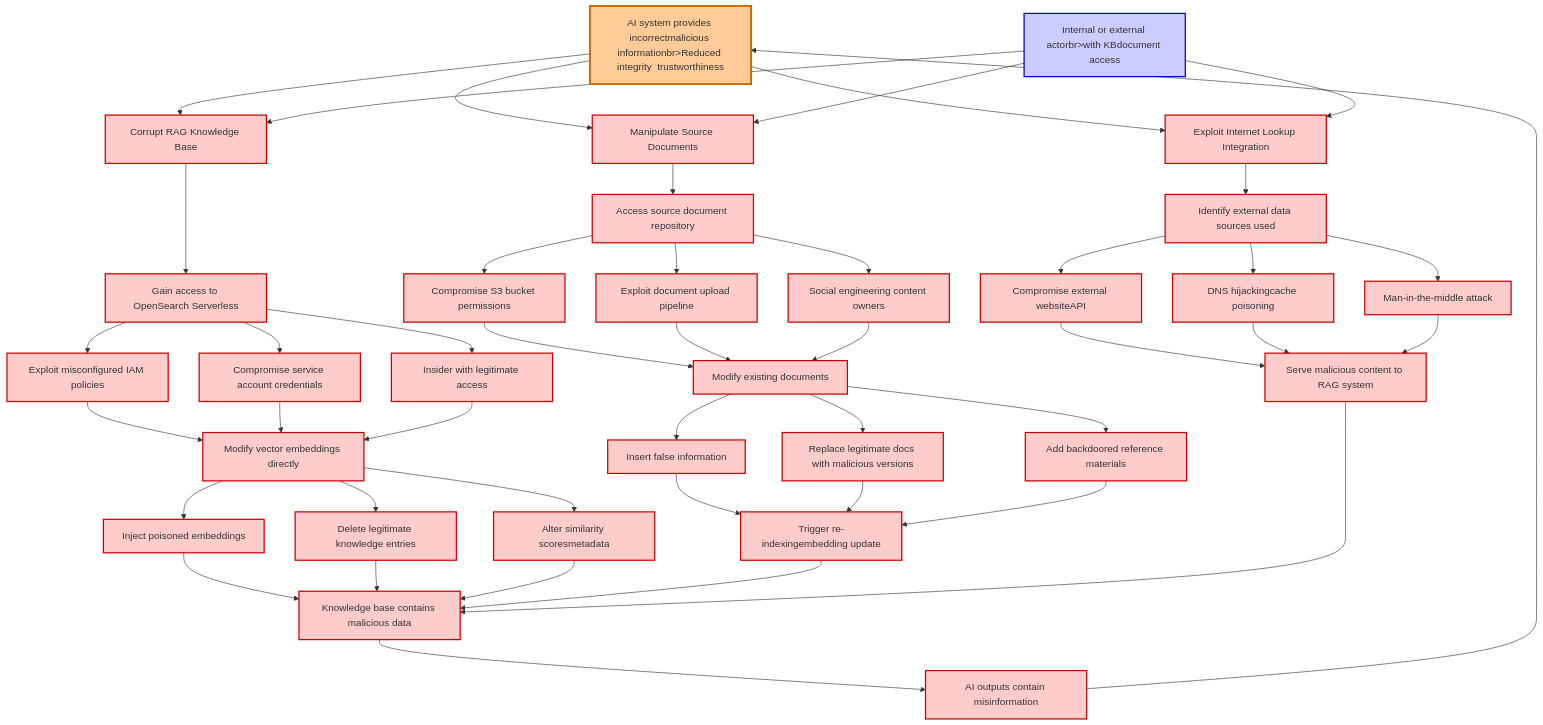
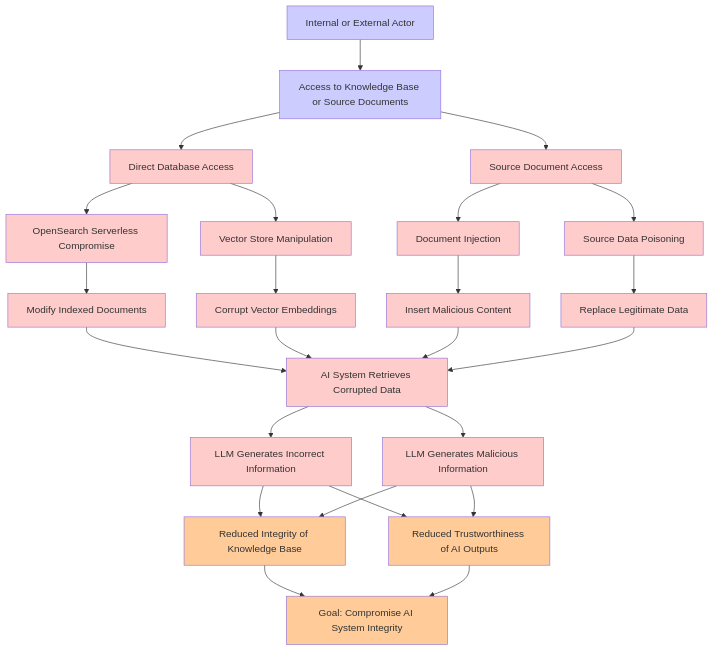
The diagram in sample-applications/genai-chatbot/threatforest/attack_trees/attack_tree_12c09063-e456-445d-adee-5b84840fa213_llm08_vectorembedding_weakness.md (aws-samples/sample-agentic-attack-tree-generator), drawn with Mermaid before and after one commit. The commit also changed other lines of this file and 310 other files, not shown here.

````diff
--- a/sample-applications/genai-chatbot/threatforest/attack_trees/attack_tree_12c09063-e456-445d-adee-5b84840fa213_llm08_vectorembedding_weakness.md
+++ b/sample-applications/genai-chatbot/threatforest/attack_trees/attack_tree_12c09063-e456-445d-adee-5b84840fa213_llm08_vectorembedding_weakness.md
@@ -8,61 +8,33 @@
 ```mermaid
 graph TD
-    GOAL[" AI system provides incorrectmalicious informationbr>Reduced integrity  trustworthiness"]
-    %% Main Attack Paths
-    GOAL --> PATH1["Corrupt RAG Knowledge Base"]
-    GOAL --> PATH2["Manipulate Source Documents"]
-    GOAL --> PATH3["Exploit Internet Lookup Integration"]
-    %% Path 1: Direct Knowledge Base Corruption
-    PATH1 --> KB1["Gain access to OpenSearch Serverless"]
-    KB1 --> KB1A["Exploit misconfigured IAM policies"]
-    KB1 --> KB1B["Compromise service account credentials"]
-    KB1 --> KB1C["Insider with legitimate access"]
-    KB1A --> KB2["Modify vector embeddings directly"]
-    KB1B --> KB2
-    KB1C --> KB2
-    KB2 --> KB3["Inject poisoned embeddings"]
-    KB2 --> KB4["Delete legitimate knowledge entries"]
-    KB2 --> KB5["Alter similarity scoresmetadata"]
-    KB3 --> CORRUPT["Knowledge base contains malicious data"]
-    KB4 --> CORRUPT
-    KB5 --> CORRUPT
-    %% Path 2: Source Document Manipulation
-    PATH2 --> SD1["Access source document repository"]
-    SD1 --> SD1A["Compromise S3 bucket permissions"]
-    SD1 --> SD1B["Exploit document upload pipeline"]
-    SD1 --> SD1C["Social engineering content owners"]
-    SD1A --> SD2["Modify existing documents"]
-    SD1B --> SD2
-    SD1C --> SD2
-    SD2 --> SD3["Insert false information"]
-    SD2 --> SD4["Replace legitimate docs with malicious versions"]
-    SD2 --> SD5["Add backdoored reference materials"]
-    SD3 --> REINDEX["Trigger re-indexingembedding update"]
-    SD4 --> REINDEX
-    SD5 --> REINDEX
-    REINDEX --> CORRUPT
-    %% Path 3: Internet Lookup Exploitation
-    PATH3 --> IL1["Identify external data sources used"]
-    IL1 --> IL2["Compromise external websiteAPI"]
-    IL1 --> IL3["DNS hijackingcache poisoning"]
-    IL1 --> IL4["Man-in-the-middle attack"]
-    IL2 --> IL5["Serve malicious content to RAG system"]
-    IL3 --> IL5
-    IL4 --> IL5
-    IL5 --> CORRUPT
-    %% Final Impact
-    CORRUPT --> IMPACT["AI outputs contain misinformation"]
-    IMPACT --> GOAL
-    %% Initial Facts/Conditions
-    ACTOR["Internal or external actorbr>with KBdocument access"] --> PATH1
-    ACTOR --> PATH2
-    ACTOR --> PATH3
-    %% Styling
-    classDef attack fill:#ffcccc,stroke:#cc0000,stroke-width:2px
-    classDef goal fill:#ffcc99,stroke:#cc6600,stroke-width:3px
-    classDef fact fill:#ccccff,stroke:#0000cc,stroke-width:2px
-    class PATH1,PATH2,PATH3,KB1,KB1A,KB1B,KB1C,KB2,KB3,KB4,KB5,SD1,SD1A,SD1B,SD1C,SD2,SD3,SD4,SD5,REINDEX,IL1,IL2,IL3,IL4,IL5,CORRUPT,IMPACT attack
-    class GOAL goal
-    class ACTOR fact
+    A["Internal or External Actor"] --> B["Access to Knowledge Base or Source Documents"]
+    B --> C["Direct Database Access"]
+    B --> D["Source Document Access"]
+    C --> E["OpenSearch Serverless Compromise"]
+    C --> F["Vector Store Manipulation"]
+    D --> G["Document Injection"]
+    D --> H["Source Data Poisoning"]
+    E --> I["Modify Indexed Documents"]
+    F --> J["Corrupt Vector Embeddings"]
+    G --> K["Insert Malicious Content"]
+    H --> L["Replace Legitimate Data"]
+    I --> M["AI System Retrieves Corrupted Data"]
+    J --> M
+    K --> M
+    L --> M
+    M --> N["LLM Generates Incorrect Information"]
+    M --> O["LLM Generates Malicious Information"]
+    N --> P["Reduced Integrity of Knowledge Base"]
+    O --> P
+    N --> Q["Reduced Trustworthiness of AI Outputs"]
+    O --> Q
+    P --> R["Goal: Compromise AI System Integrity"]
+    Q --> R
+    classDef fact fill:#ccccff
+    classDef attack fill:#ffcccc
+    classDef goal fill:#ffcc99
+    class A,B fact
+    class C,D,E,F,G,H,I,J,K,L,M,N,O attack
+    class P,Q,R goal
     classDef mitigation fill:#ccffcc
 ```
````
